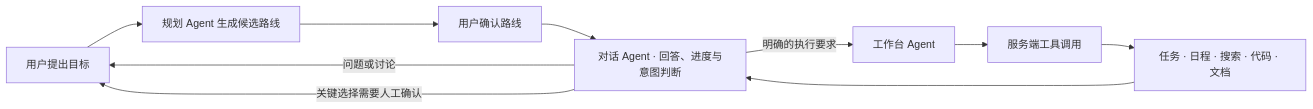
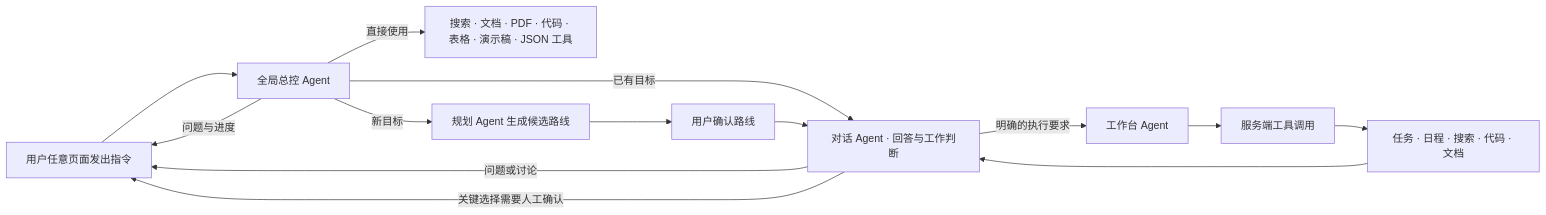
The diagram in README.md (VHFXxingyun/vhfxnex-agent-workbench), drawn with Mermaid before and after one commit. The commit also changed other lines of this file and 82 other files, not shown here.

````diff
--- a/README.md
+++ b/README.md
@@ -15,12 +17,16 @@
 ```mermaid
 flowchart LR
-  U[用户提出目标] --> P[规划 Agent 生成候选路线]
+  U[用户任意页面发出指令] --> G[全局总控 Agent]
+  G -->|问题与进度| U
+  G -->|直接使用| D[搜索 · 文档 · PDF · 代码 · 表格 · 演示稿 · JSON 工具]
+  G -->|新目标| P[规划 Agent 生成候选路线]
+  G -->|已有目标| C[对话 Agent · 回答与工作判断]
   P --> R[用户确认路线]
-  R --> C[对话 Agent · 回答、进度与意图判断]
+  R --> C
   C -->|问题或讨论| U
   C -->|明确的执行要求| A[工作台 Agent]
   A --> T[服务端工具调用]
   T --> W[任务 · 日程 · 搜索 · 代码 · 文档]
   W --> C
   C -->|关键选择需要人工确认| U
 ```
````
